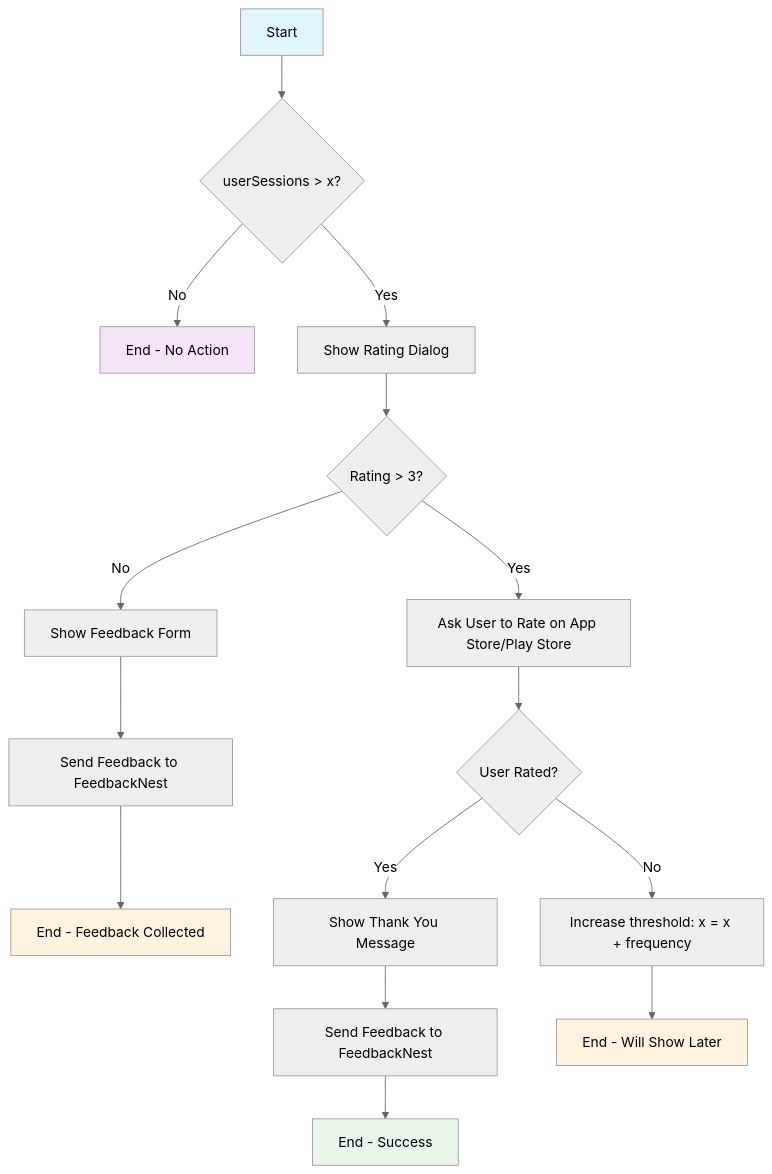
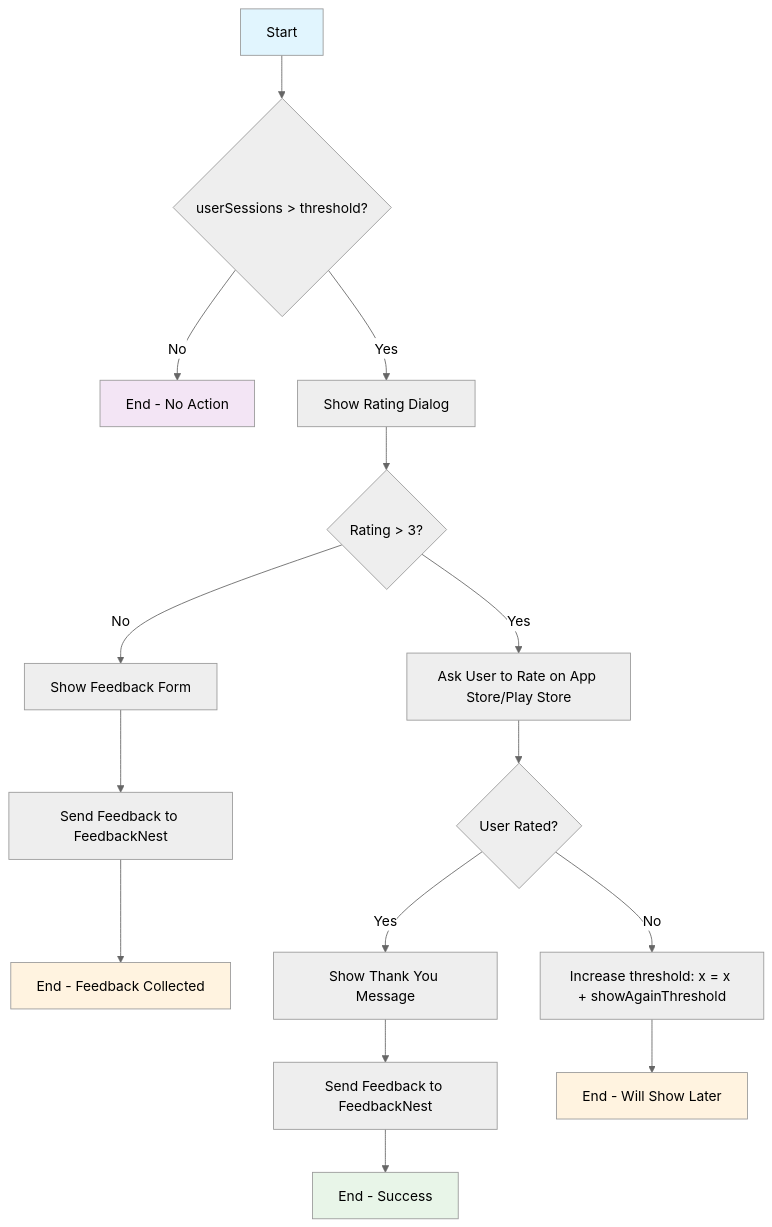
The diagram in README.md (subhadiprudra/fancy_rating_bar), drawn with Mermaid (neutral theme) before and after one commit.

Commit message:
readme change

````diff
--- a/README.md
+++ b/README.md
@@ -11,23 +11,23 @@
 ```mermaid
 flowchart TD
-    A[Start] --> B{userSessions > x?}
+    A[Start] --> B{userSessions > threshold?}
     B -->|No| C[End - No Action]
     B -->|Yes| D[Show Rating Dialog]
     D --> E{Rating > 3?}
     E -->|No| F[Show Feedback Form]
     F --> G[Send Feedback to FeedbackNest]
     G --> H[End - Feedback Collected]
     E -->|Yes| I[Ask User to Rate on App Store/Play Store]
     I --> J{User Rated?}
     J -->|Yes| K[Show Thank You Message]
     K --> L[Send Feedback to FeedbackNest]
     L --> M[End - Success]
-    J -->|No| N[Increase threshold: x = x + frequency]
+    J -->|No| N[Increase threshold: x = x + showAgainThreshold]
     N --> O[End - Will Show Later]
     
     style A fill:#e1f5fe
     style C fill:#f3e5f5
     style H fill:#fff3e0
     style M fill:#e8f5e8
     style O fill:#fff3e0
 ```
````
